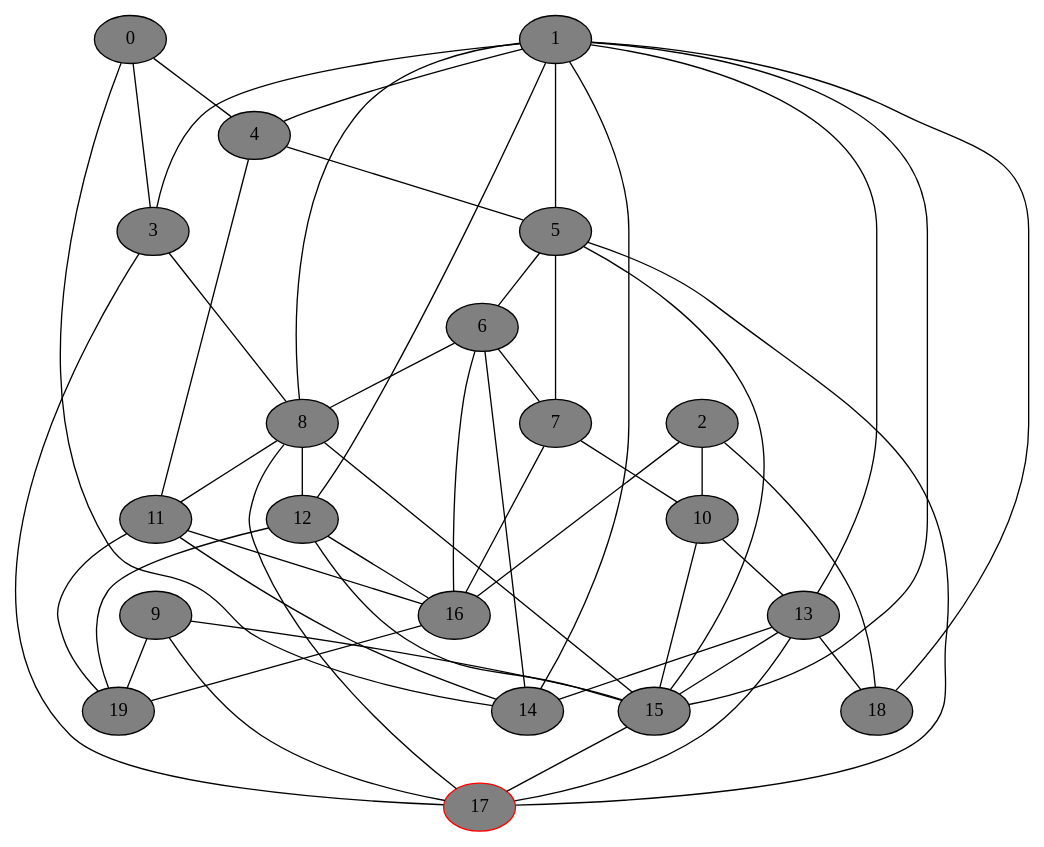
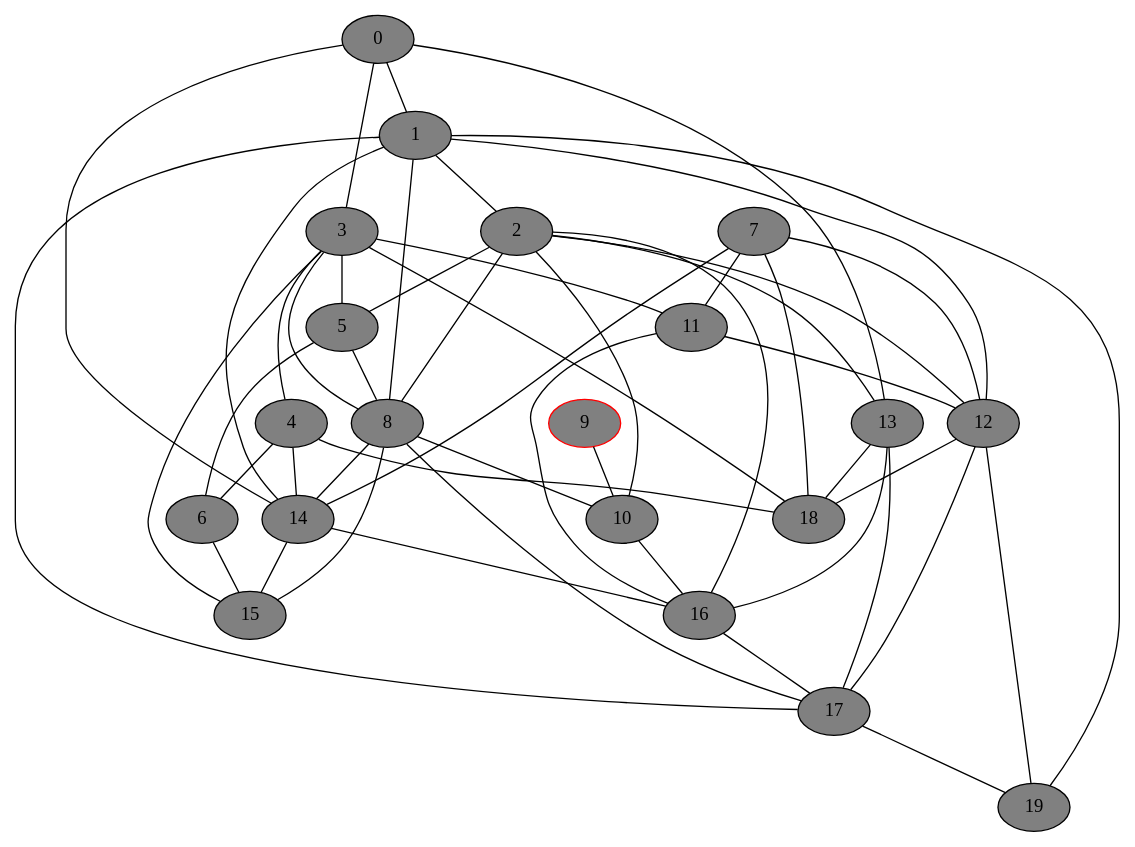
The diagram in gv_graphs/nxt0052.dot (DSMishler/EBA_models), drawn with Graphviz before and after one commit. The commit also changed 387 other files, not shown here.

```diff
--- a/gv_graphs/nxt0052.dot
+++ b/gv_graphs/nxt0052.dot
@@ -1,74 +1,74 @@
 // network test graph
 digraph
 {
 	0 [fillcolor=gray,style=filled,]
 	1 [fillcolor=gray,style=filled,]
 	2 [fillcolor=gray,style=filled,]
 	3 [fillcolor=gray,style=filled,]
 	4 [fillcolor=gray,style=filled,]
 	5 [fillcolor=gray,style=filled,]
 	6 [fillcolor=gray,style=filled,]
 	7 [fillcolor=gray,style=filled,]
 	8 [fillcolor=gray,style=filled,]
-	9 [fillcolor=gray,style=filled,]
+	9 [fillcolor=gray,style=filled,color=red,]
 	10 [fillcolor=gray,style=filled,]
 	11 [fillcolor=gray,style=filled,]
 	12 [fillcolor=gray,style=filled,]
 	13 [fillcolor=gray,style=filled,]
 	14 [fillcolor=gray,style=filled,]
 	15 [fillcolor=gray,style=filled,]
 	16 [fillcolor=gray,style=filled,]
-	17 [fillcolor=gray,style=filled,color=red,]
+	17 [fillcolor=gray,style=filled,]
 	18 [fillcolor=gray,style=filled,]
 	19 [fillcolor=gray,style=filled,]
+	0 -> 1 [dir=none]
 	0 -> 3 [dir=none]
-	0 -> 4 [dir=none]
+	0 -> 13 [dir=none]
 	0 -> 14 [dir=none]
-	1 -> 3 [dir=none]
-	1 -> 4 [dir=none]
-	1 -> 5 [dir=none]
+	1 -> 2 [dir=none]
 	1 -> 8 [dir=none]
 	1 -> 12 [dir=none]
-	1 -> 13 [dir=none]
 	1 -> 14 [dir=none]
-	1 -> 15 [dir=none]
-	1 -> 18 [dir=none]
+	1 -> 17 [dir=none]
+	1 -> 19 [dir=none]
+	2 -> 5 [dir=none]
+	2 -> 8 [dir=none]
 	2 -> 10 [dir=none]
+	2 -> 12 [dir=none]
+	2 -> 13 [dir=none]
 	2 -> 16 [dir=none]
-	2 -> 18 [dir=none]
+	3 -> 4 [dir=none]
+	3 -> 5 [dir=none]
 	3 -> 8 [dir=none]
-	3 -> 17 [dir=none]
-	4 -> 5 [dir=none]
-	4 -> 11 [dir=none]
+	3 -> 11 [dir=none]
+	3 -> 15 [dir=none]
+	3 -> 18 [dir=none]
+	4 -> 6 [dir=none]
+	4 -> 14 [dir=none]
+	4 -> 18 [dir=none]
 	5 -> 6 [dir=none]
-	5 -> 7 [dir=none]
-	5 -> 15 [dir=none]
-	5 -> 17 [dir=none]
-	6 -> 7 [dir=none]
-	6 -> 8 [dir=none]
-	6 -> 14 [dir=none]
-	6 -> 16 [dir=none]
-	7 -> 10 [dir=none]
-	7 -> 16 [dir=none]
-	8 -> 11 [dir=none]
-	8 -> 12 [dir=none]
+	5 -> 8 [dir=none]
+	6 -> 15 [dir=none]
+	7 -> 11 [dir=none]
+	7 -> 12 [dir=none]
+	7 -> 14 [dir=none]
+	7 -> 18 [dir=none]
+	8 -> 10 [dir=none]
+	8 -> 14 [dir=none]
 	8 -> 15 [dir=none]
 	8 -> 17 [dir=none]
-	9 -> 15 [dir=none]
-	9 -> 17 [dir=none]
-	9 -> 19 [dir=none]
-	10 -> 13 [dir=none]
-	10 -> 15 [dir=none]
-	11 -> 14 [dir=none]
+	9 -> 10 [dir=none]
+	10 -> 16 [dir=none]
+	11 -> 12 [dir=none]
 	11 -> 16 [dir=none]
-	11 -> 19 [dir=none]
-	12 -> 15 [dir=none]
-	12 -> 16 [dir=none]
+	12 -> 17 [dir=none]
+	12 -> 18 [dir=none]
 	12 -> 19 [dir=none]
-	13 -> 14 [dir=none]
-	13 -> 15 [dir=none]
+	13 -> 16 [dir=none]
 	13 -> 17 [dir=none]
 	13 -> 18 [dir=none]
-	15 -> 17 [dir=none]
-	16 -> 19 [dir=none]
+	14 -> 15 [dir=none]
+	14 -> 16 [dir=none]
+	16 -> 17 [dir=none]
+	17 -> 19 [dir=none]
 }
```
